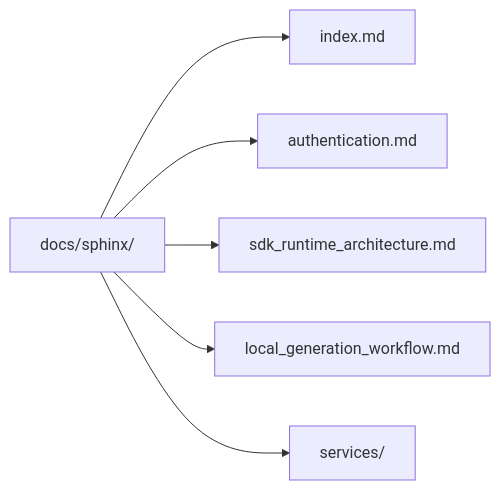
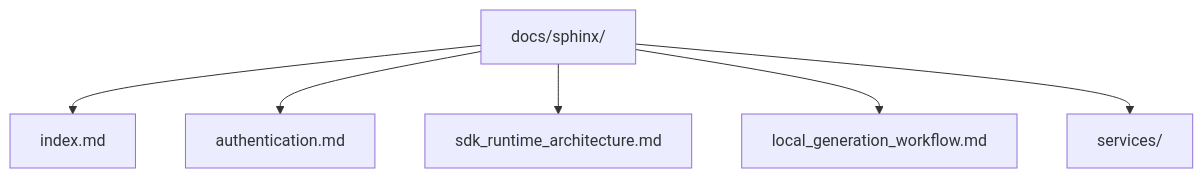
Before and after one commit to alexdearaujo/community_sdk_python: the diagram in docs/sphinx/README.md, drawn with Mermaid. The commit also changed other lines of this file and 2 other files, not shown here.

First line of the commit message:
Architecture diagram: TB layout with 4 subgraphs (Client/Generated/Transport/Foundation)

````diff
--- a/docs/sphinx/README.md
+++ b/docs/sphinx/README.md
@@ -8,16 +8,15 @@
 ```mermaid
-graph LR
+graph TD
     src["docs/sphinx/"]
     idx["index.md"]
     auth["authentication.md"]
     arch["sdk_runtime_architecture.md"]
     gen["local_generation_workflow.md"]
     svc["services/"]
 
     src --> idx
     src --> auth
     src --> arch
     src --> gen
     src --> svc
-
 ```
````
